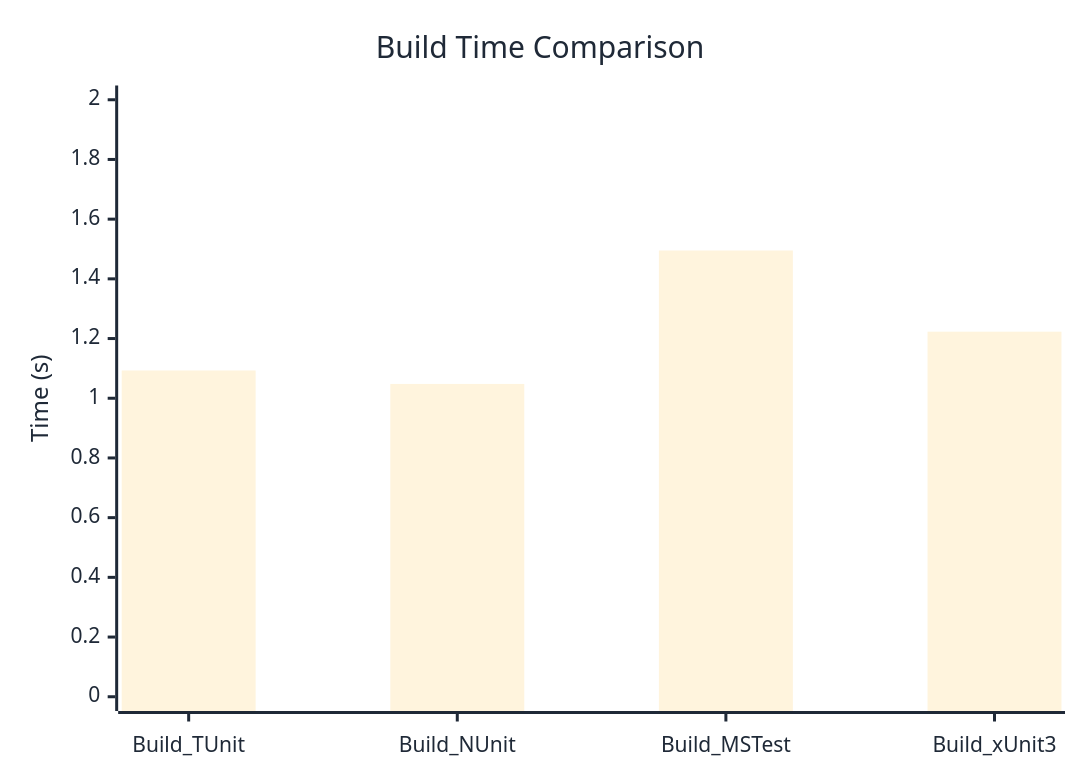
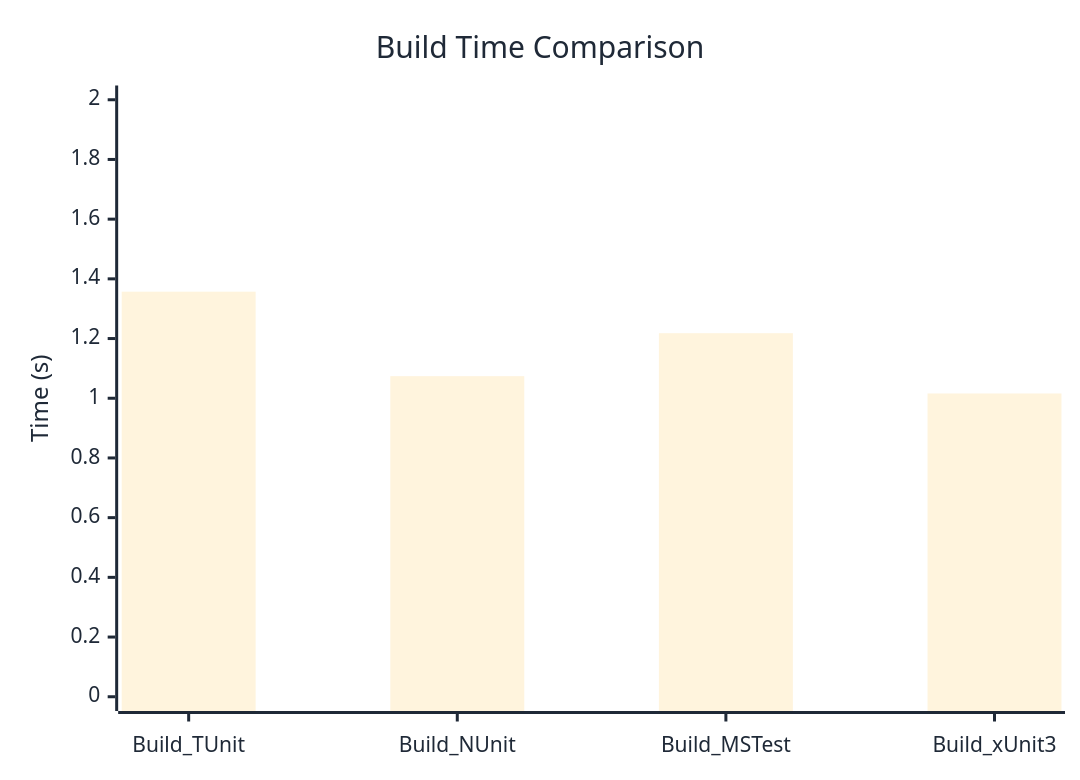
The diagram in docs/docs/benchmarks/engine/BuildTime.md (thomhurst/TUnit), drawn with Mermaid before and after one commit. The commit also changed other lines of this file and 18 other files, not shown here.

````diff
--- a/docs/docs/benchmarks/engine/BuildTime.md
+++ b/docs/docs/benchmarks/engine/BuildTime.md
@@ -30,37 +30,37 @@
 ```mermaid
 %%{init: {
   'theme':'base',
   'themeVariables': {
     'primaryColor': '#2563eb',
     'primaryTextColor': '#1f2937',
     'primaryBorderColor': '#1e40af',
     'lineColor': '#6b7280',
     'secondaryColor': '#7c3aed',
     'tertiaryColor': '#dc2626',
     'background': '#ffffff',
     'mainBkg': '#2563eb',
     'secondBkg': '#7c3aed',
     'tertiaryBkg': '#dc2626',
     'clusterBkg': '#f3f4f6',
     'edgeLabelBackground': '#ffffff',
     'tertiaryTextColor': '#1f2937',
     'pie1': '#2563eb',
     'pie2': '#7c3aed',
     'pie3': '#dc2626',
     'pie4': '#f59e0b',
     'pie5': '#10b981',
     'pie6': '#06b6d4',
     'pie7': '#ec4899',
     'pie8': '#6366f1',
     'pie9': '#84cc16',
     'pie10': '#f97316',
     'pie11': '#14b8a6',
     'pie12': '#a855f7'
   }
 }}%%
 xychart-beta
   title "Build Time Comparison"
   x-axis ["Build_TUnit", "Build_NUnit", "Build_MSTest", "Build_xUnit3"]
   y-axis "Time (s)" 0 --> 2
-  bar [1.093, 1.048, 1.495, 1.223]
+  bar [1.357, 1.074, 1.218, 1.016]
 ```
````
